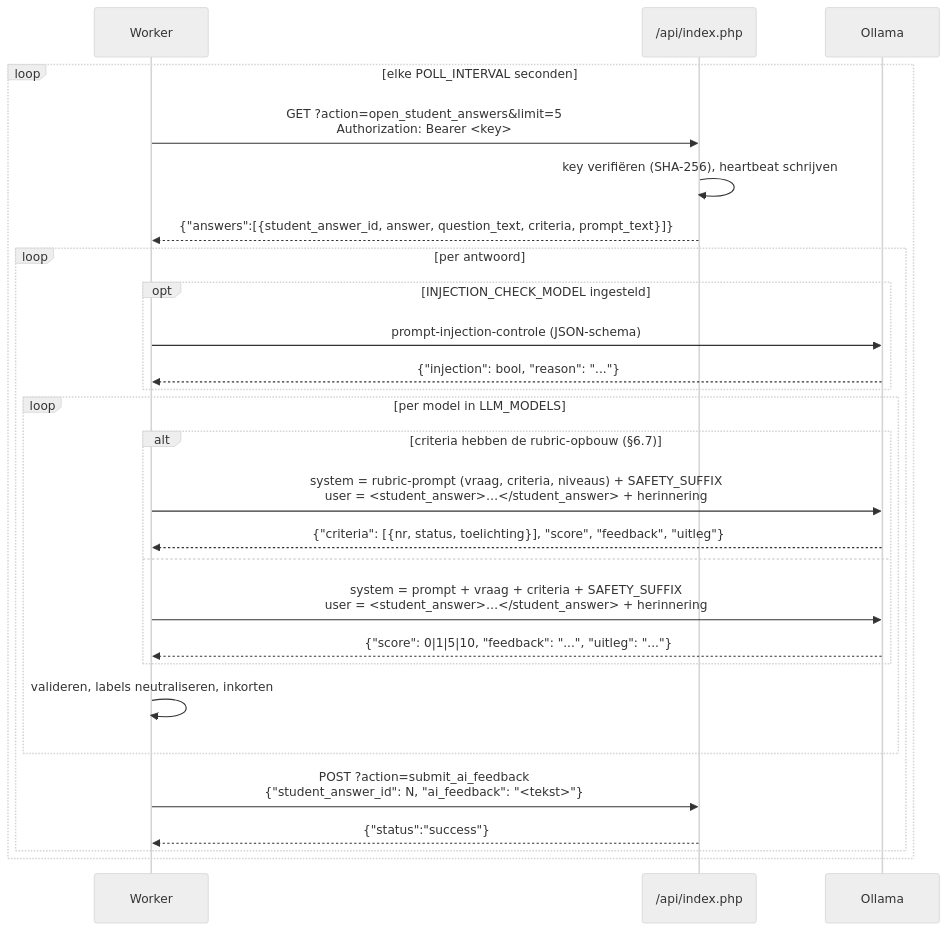
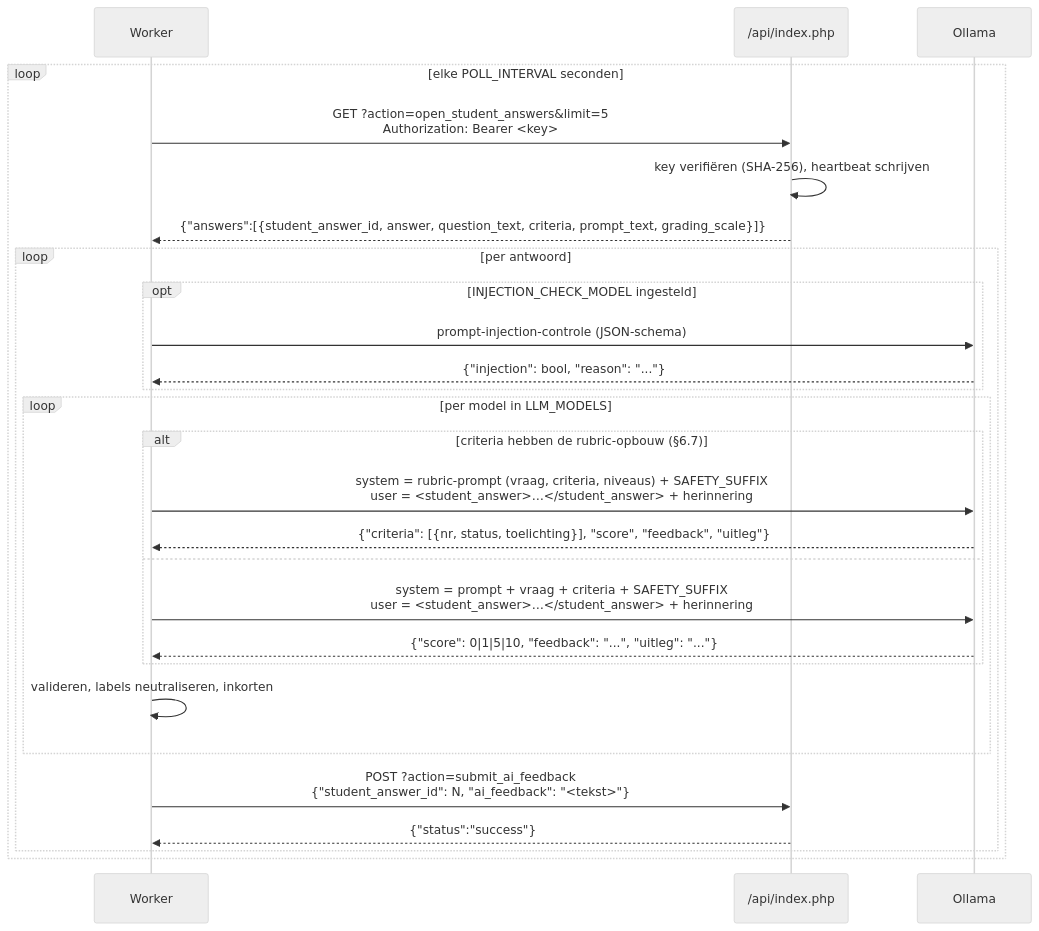
The sixth of 8 diagrams in ARCHITECTURE.md (macsnoeren/genai-open-assessment), drawn with Mermaid (neutral theme) before and after one commit. The commit also changed other lines of this file and 7 other files, not shown here.

````diff
--- a/ARCHITECTURE.md
+++ b/ARCHITECTURE.md
@@ -504,30 +554,30 @@
 ```mermaid
 sequenceDiagram
     participant W as Worker
     participant A as /api/index.php
     participant O as Ollama
 
     loop elke POLL_INTERVAL seconden
         W->>A: GET ?action=open_student_answers&limit=5<br/>Authorization: Bearer <key>
         A->>A: key verifiëren (SHA-256), heartbeat schrijven
-        A-->>W: {"answers":[{student_answer_id, answer, question_text, criteria, prompt_text}]}
+        A-->>W: {"answers":[{student_answer_id, answer, question_text, criteria, prompt_text, grading_scale}]}
         loop per antwoord
             opt INJECTION_CHECK_MODEL ingesteld
                 W->>O: prompt-injection-controle (JSON-schema)
                 O-->>W: {"injection": bool, "reason": "..."}
             end
             loop per model in LLM_MODELS
                 alt criteria hebben de rubric-opbouw (§6.7)
                     W->>O: system = rubric-prompt (vraag, criteria, niveaus) + SAFETY_SUFFIX<br/>user = <student_answer>…</student_answer> + herinnering
                     O-->>W: {"criteria": [{nr, status, toelichting}], "score", "feedback", "uitleg"}
                 else
                     W->>O: system = prompt + vraag + criteria + SAFETY_SUFFIX<br/>user = <student_answer>…</student_answer> + herinnering
                     O-->>W: {"score": 0|1|5|10, "feedback": "...", "uitleg": "..."}
                 end
                 W->>W: valideren, labels neutraliseren, inkorten
             end
             W->>A: POST ?action=submit_ai_feedback<br/>{"student_answer_id": N, "ai_feedback": "<tekst>"}
             A-->>W: {"status":"success"}
         end
     end
 ```
````
